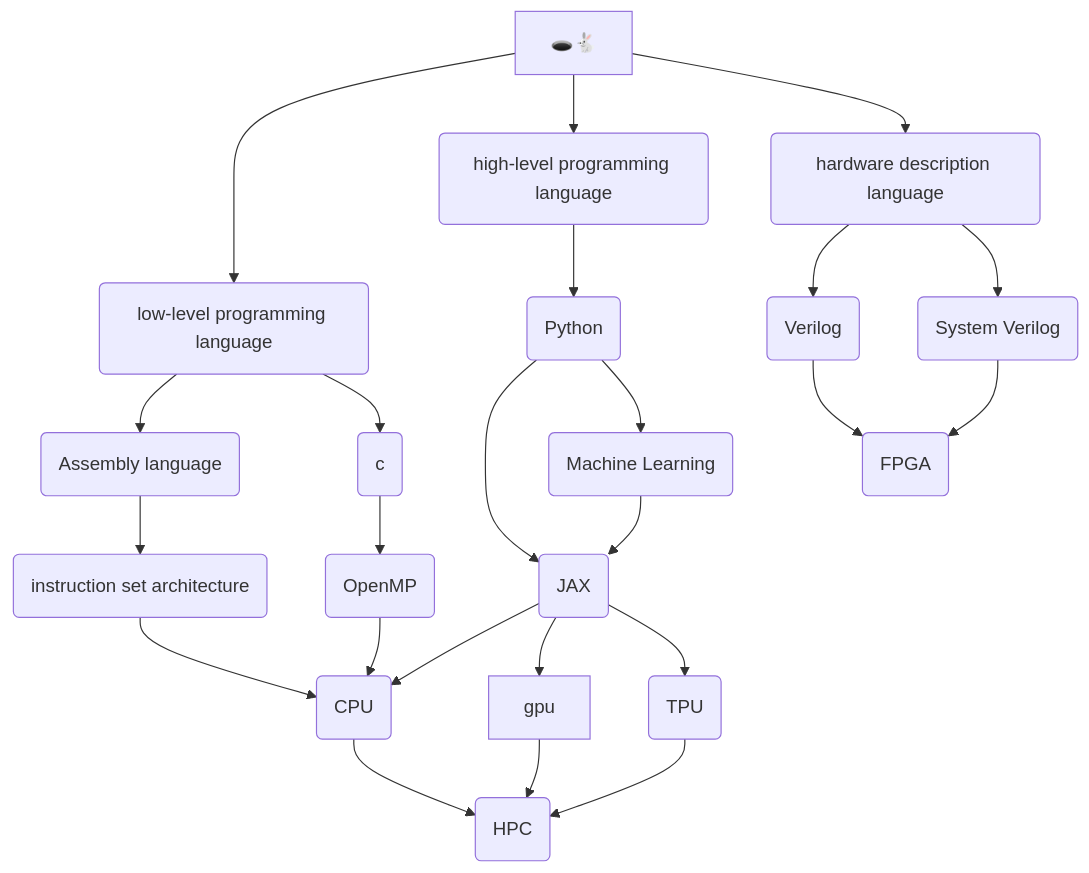
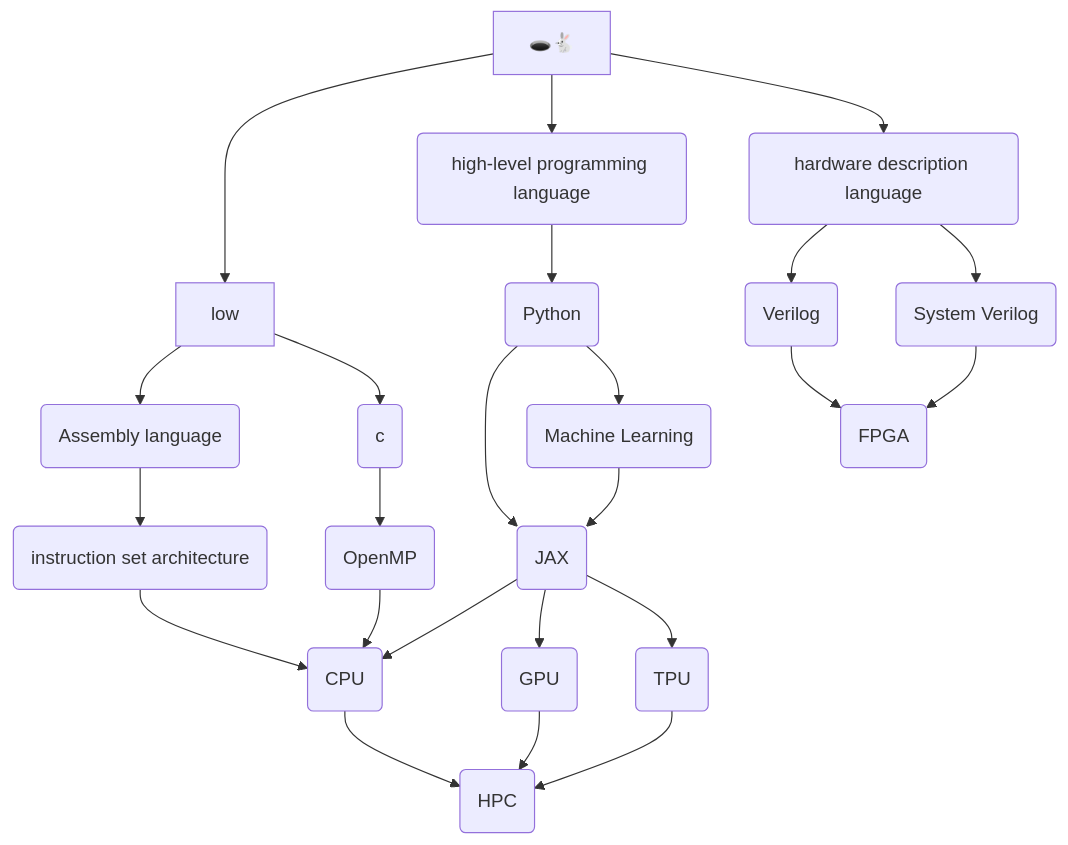
Before and after one commit to gpullela/quartz: the diagram in content/index.md, drawn with Mermaid.

Commit message:
Quartz sync: Nov 9, 2023, 1:29 AM

````diff
--- a/content/index.md
+++ b/content/index.md
@@ -23,12 +23,13 @@
 ```mermaid
 graph TB;
-A["🕳️🐇"] --> low(low-level programming language) & high(high-level programming language) & hw(hardware description language);
+A["🕳️🐇"] --> low & high(high-level programming language) & hw(hardware description language);
 low --> asm(Assembly language) & c(c);
 c --> omp(OpenMP) --> cpu(CPU);
 asm --> isa(instruction set architecture) --> cpu;
 high --> py(Python) --> jax(JAX) & ml(Machine Learning);
-ml --> jax --> cpu & gpu & tpu(TPU);
+ml --> jax --> cpu & gpu(GPU) & tpu(TPU);
 cpu & gpu & tpu --> hpc(HPC);
 hw --> v(Verilog) & sv(System Verilog) --> fpga(FPGA);
-class low,high,hw,asm,c,omp,cpu,isa,py,jax,ml,gpu,tpu,hpc,v,sv,fpga internal-links;
+class high,hw,asm,c,omp,cpu,isa,py,jax,ml,gpu,tpu,hpc,v,sv,fpga internal-links;
+click low href "./Engineering/low-level programming language";
 ```
````
